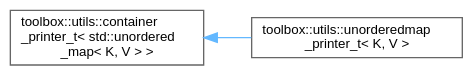
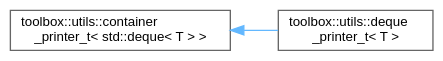
One commit to nerdneilsfield/cpp-toolbox changed the diagram in inherit_graph_70.dot. Above: the diagram before and after it, drawn with Graphviz. The commit also changed 225 other files, not shown here.

```diff
--- a/inherit_graph_70.dot
+++ b/inherit_graph_70.dot
@@ -1,11 +1,11 @@
 digraph "Graphical Class Hierarchy"
 {
  // LATEX_PDF_SIZE
   bgcolor="transparent";
   edge [fontname=Helvetica,fontsize=10,labelfontname=Helvetica,labelfontsize=10];
   node [fontname=Helvetica,fontsize=10,shape=box,height=0.2,width=0.4];
   rankdir="LR";
-  Node0 [id="Node000000",label="toolbox::utils::container\l_printer_t\< std::unordered\l_map\< K, V \> \>",height=0.2,width=0.4,color="grey40", fillcolor="white", style="filled",URL="$classtoolbox_1_1utils_1_1container__printer__t.html",tooltip=" "];
-  Node0 -> Node1 [id="edge43_Node000000_Node000001",dir="back",color="steelblue1",style="solid",tooltip=" "];
-  Node1 [id="Node000001",label="toolbox::utils::unorderedmap\l_printer_t\< K, V \>",height=0.2,width=0.4,color="grey40", fillcolor="white", style="filled",URL="$classtoolbox_1_1utils_1_1unorderedmap__printer__t.html",tooltip="Unordered Map 打印器/Unordered map printer."];
+  Node0 [id="Node000000",label="toolbox::utils::container\l_printer_t\< std::deque\< T \> \>",height=0.2,width=0.4,color="grey40", fillcolor="white", style="filled",URL="$classtoolbox_1_1utils_1_1container__printer__t.html",tooltip=" "];
+  Node0 -> Node1 [id="edge38_Node000000_Node000001",dir="back",color="steelblue1",style="solid",tooltip=" "];
+  Node1 [id="Node000001",label="toolbox::utils::deque\l_printer_t\< T \>",height=0.2,width=0.4,color="grey40", fillcolor="white", style="filled",URL="$classtoolbox_1_1utils_1_1deque__printer__t.html",tooltip="Deque 打印器/Deque printer."];
 }
```
